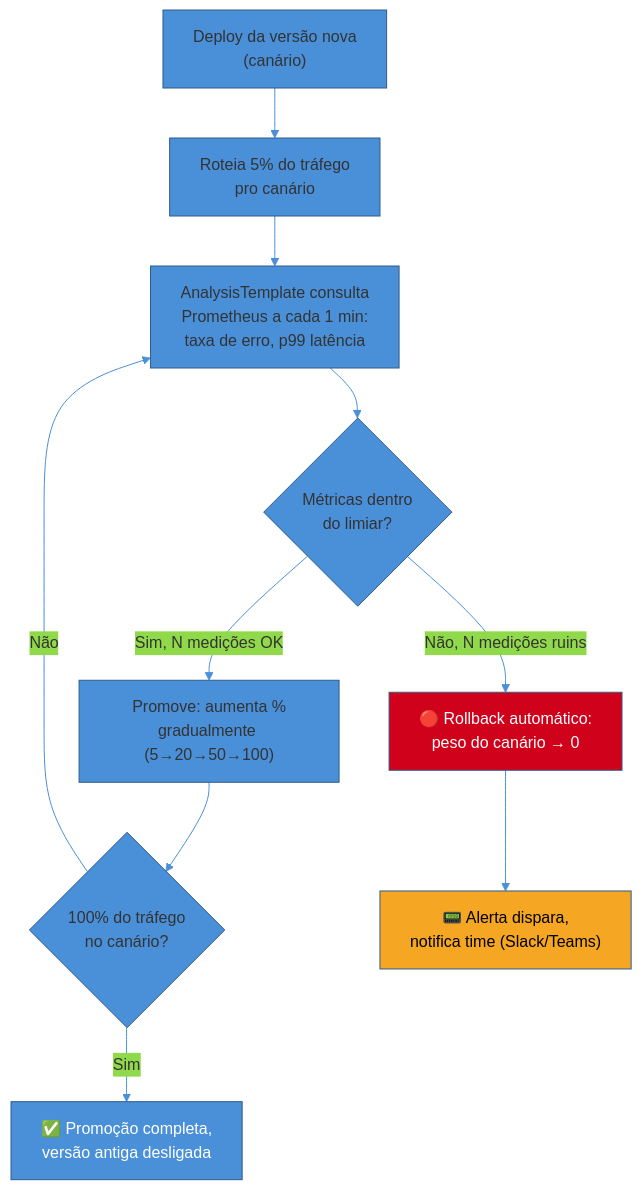
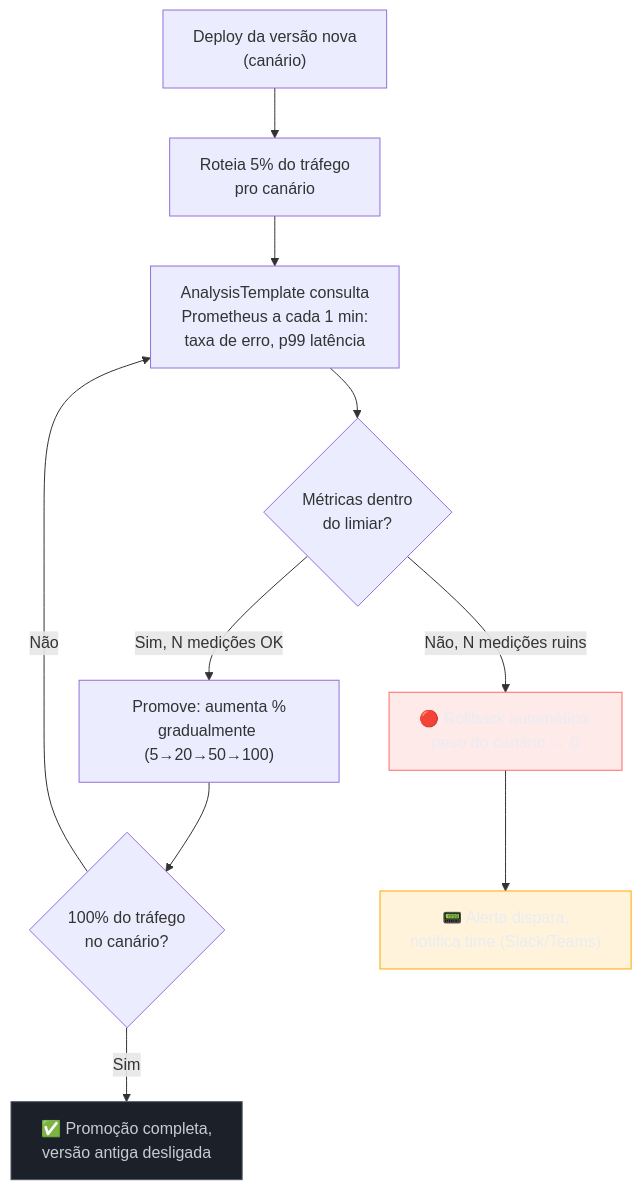
The second of 2 diagrams in 03-Dominios/Engenharia/Operação/2 - Entrega e release/03 - Progressive delivery e rollback.md (josenaldo/codex-technomanticus), drawn with Mermaid before and after one commit. The commit also changed other lines of this file and 1181 other files, not shown here.

First line of the commit message:
fix(diagramas): paleta do sistema no lugar de cor cravada no markdown

````diff
--- a/03-Dominios/Engenharia/Operação/2 - Entrega e release/03 - Progressive delivery e rollback.md
+++ b/03-Dominios/Engenharia/Operação/2 - Entrega e release/03 - Progressive delivery e rollback.md
@@ -109,17 +108,19 @@
 ```mermaid
-%%{init: {"theme": "base", "themeVariables": {"primaryColor": "#4A90D9", "primaryBorderColor": "#2E5C8A", "lineColor": "#4A90D9"}}}%%
 graph TD
+    classDef falha fill:#FF6B6B24,stroke:#FF6B6B,color:#E9ECF2
+    classDef neutro fill:#1B2029,stroke:#4E5666,color:#C6CCD8
+    classDef destaque fill:#FFAA0024,stroke:#FFAA00,color:#E9ECF2
     A["Deploy da versão nova<br/>(canário)"] --> B["Roteia 5% do tráfego<br/>pro canário"]
     B --> C["AnalysisTemplate consulta<br/>Prometheus a cada 1 min:<br/>taxa de erro, p99 latência"]
     C --> D{"Métricas dentro<br/>do limiar?"}
     D -->|"Sim, N medições OK"| E["Promove: aumenta %<br/>gradualmente (5→20→50→100)"]
     D -->|"Não, N medições ruins"| F["🔴 Rollback automático:<br/>peso do canário → 0"]
     E --> G{"100% do tráfego<br/>no canário?"}
     G -->|Não| C
     G -->|Sim| H["✅ Promoção completa,<br/>versão antiga desligada"]
     F --> I["📟 Alerta dispara,<br/>notifica time (Slack/Teams)"]
 
-    style F fill:#D0021B,color:#fff
-    style H fill:#4A90D9,color:#fff
-    style I fill:#F5A623,color:#000
+    class F falha
+    class H neutro
+    class I destaque
 ```
````
